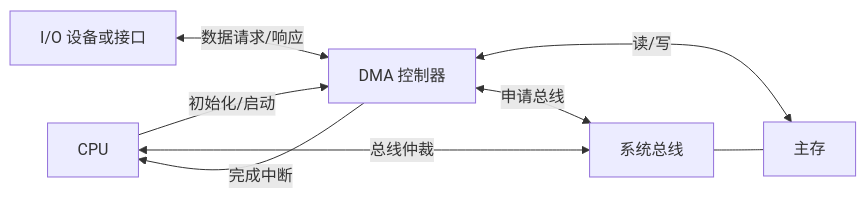
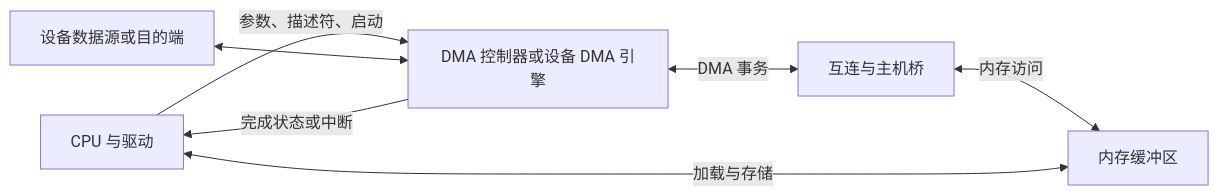
The diagram in docs/public/cs/dma.md (gsjz/notebook), drawn with Mermaid before and after one commit. The commit also changed other lines of this file and 23 other files, not shown here.

````diff
--- a/docs/public/cs/dma.md
+++ b/docs/public/cs/dma.md
@@ -24,10 +23,9 @@
 ```mermaid
 graph LR
-  CPU[CPU] -->|初始化/启动| DMA[DMA 控制器]
-  DMA -->|完成中断| CPU
-  DEV[I/O 设备或接口] <-->|数据请求/响应| DMA
-  DMA <-->|读/写| MEM[主存]
-  CPU <-->|总线仲裁| BUS[系统总线]
-  DMA <-->|申请总线| BUS
-  BUS --- MEM
+  CPU[CPU 与驱动] -->|参数、描述符、启动| ENG[DMA 控制器或设备 DMA 引擎]
+  DEV[设备数据源或目的端] <--> ENG
+  ENG <-->|DMA 事务| BUS[互连与主机桥]
+  BUS <-->|内存访问| MEM[内存缓冲区]
+  CPU <-->|加载与存储| MEM
+  ENG -->|完成状态或中断| CPU
 ```
````
